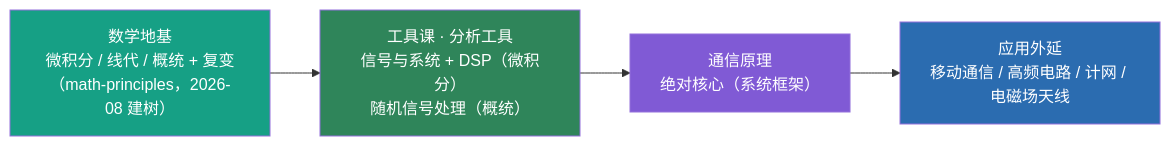
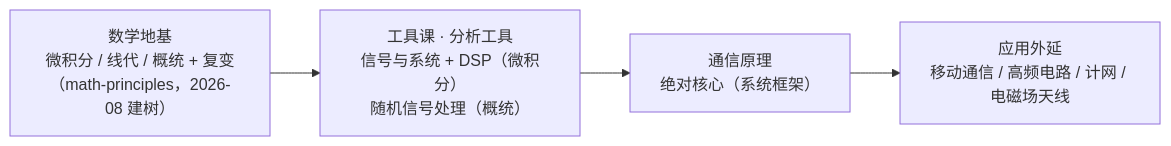
The fifth of 12 diagrams in README.md (Baixiaodou/comm-knowledge-graph), drawn with Mermaid before and after one commit. The commit also changed other lines of this file, not shown here.

Commit message:
docs: 重组 README 结构（目录置顶、快速开始前移、重复章节合并、大图收进折叠块）

````diff
--- a/README.md
+++ b/README.md
@@ -313,11 +274,6 @@
 ```mermaid
 flowchart LR
     M["数学地基<br/>微积分 / 线代 / 概统 + 复变<br/>（math-principles，2026-08 建树）"] --> T["工具课 · 分析工具<br/>信号与系统 + DSP（微积分）<br/>随机信号处理（概统）"]
     T --> C["通信原理<br/>绝对核心（系统框架）"]
     C --> A["应用外延<br/>移动通信 / 高频电路 / 计网 / 电磁场天线"]
-
-    style M fill:#16a085,color:#fff
-    style T fill:#2f855a,color:#fff
-    style C fill:#805ad5,color:#fff
-    style A fill:#2b6cb0,color:#fff
 ```
````
